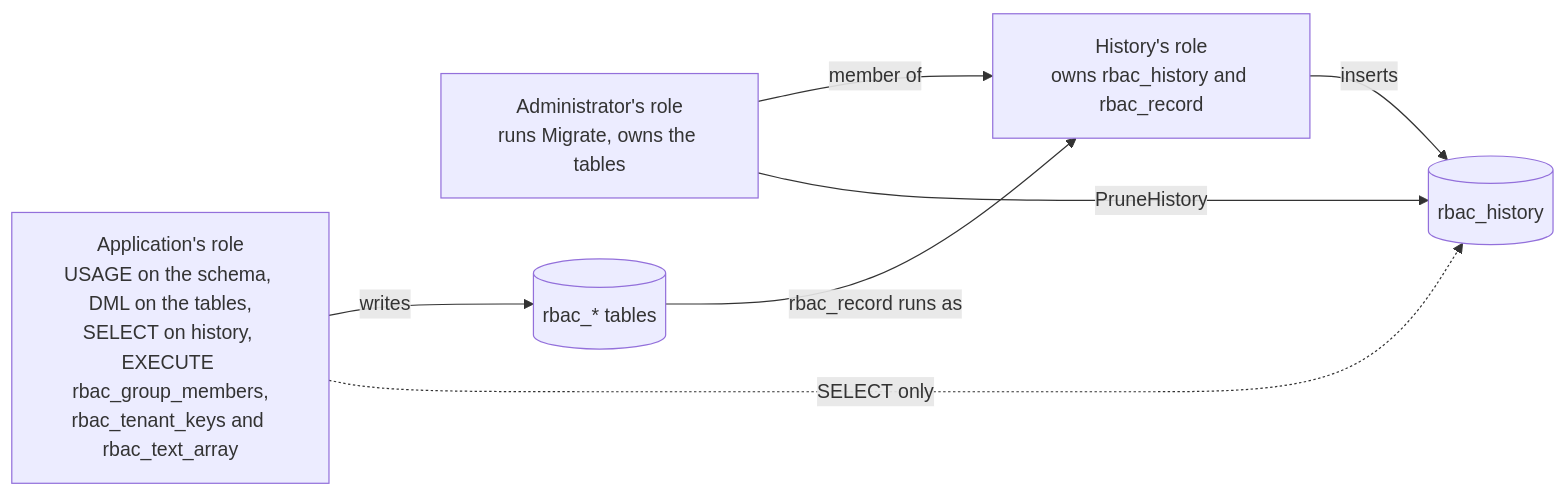
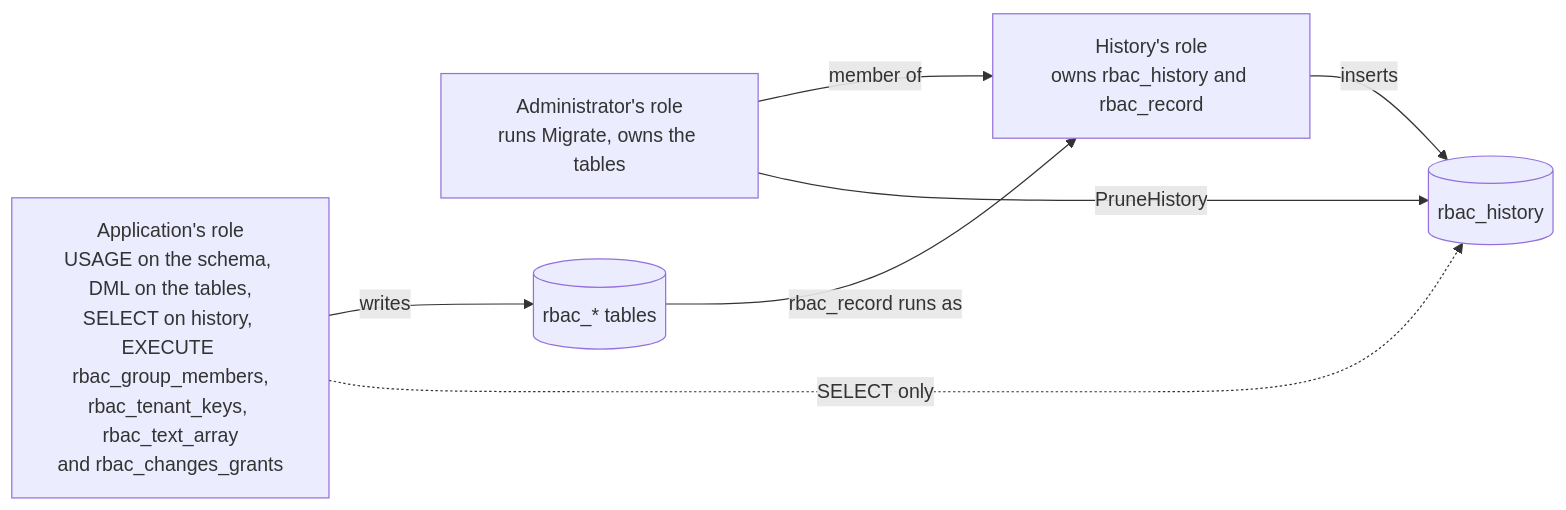
Before and after one commit to parallelworks/rbac: diagram 14 of 14 in docs/architecture.md, drawn with Mermaid. The commit also changed other lines of this file and 5 other files, not shown here.

````diff
--- a/docs/architecture.md
+++ b/docs/architecture.md
@@ -845,12 +859,12 @@
 ```mermaid
 flowchart LR
     admin["Administrator's role<br/>runs Migrate, owns the tables"]
     histrole["History's role<br/>owns rbac_history and rbac_record"]
-    app["Application's role<br/>USAGE on the schema, DML on the tables,<br/>SELECT on history, EXECUTE rbac_group_members,<br/>rbac_tenant_keys and rbac_text_array"]
+    app["Application's role<br/>USAGE on the schema, DML on the tables,<br/>SELECT on history, EXECUTE rbac_group_members,<br/>rbac_tenant_keys, rbac_text_array<br/>and rbac_changes_grants"]
     admin -->|"member of"| histrole
     app -->|"writes"| tables[("rbac_* tables")]
     tables -->|"rbac_record runs as"| histrole
     histrole -->|"inserts"| hist[("rbac_history")]
     app -.->|"SELECT only"| hist
     admin -->|"PruneHistory"| hist
 ```
````
